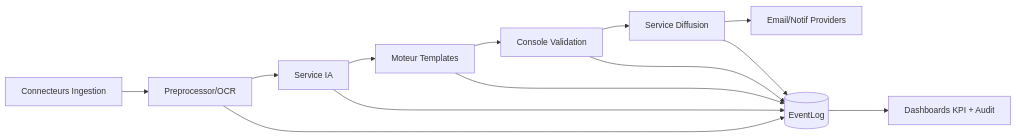
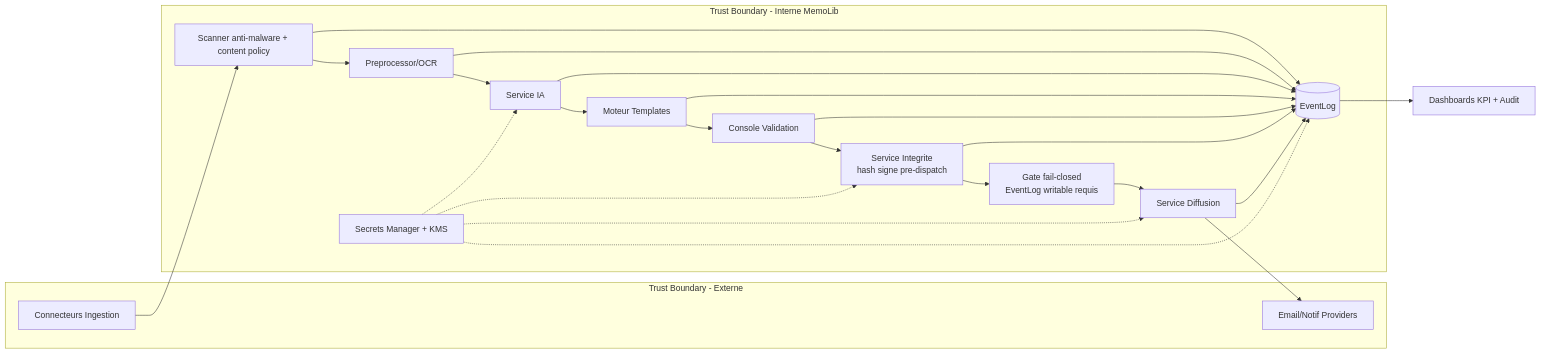
Before and after one commit to mobby57/memoLib: the third of 4 diagrams in docs/WORKFLOW_COMMUNICATION.md, drawn with Mermaid. The commit also changed other lines of this file and 1 other file, not shown here.

First line of the commit message:
docs(security): embed P0 threat controls in app diagrams

````diff
--- a/docs/WORKFLOW_COMMUNICATION.md
+++ b/docs/WORKFLOW_COMMUNICATION.md
@@ -194,15 +206,38 @@
 ```mermaid
 flowchart LR
-    IN[Connecteurs Ingestion] --> PRE[Preprocessor/OCR]
-    PRE --> AI[Service IA]
-    AI --> TMP[Moteur Templates]
-    TMP --> REV[Console Validation]
-    REV --> DSP[Service Diffusion]
-    DSP --> CH[Email/Notif Providers]
-    PRE --> EV[(EventLog)]
+    subgraph EXT["Trust Boundary - Externe"]
+        IN[Connecteurs Ingestion]
+        CH[Email/Notif Providers]
+    end
+
+    subgraph INT["Trust Boundary - Interne MemoLib"]
+        SCAN[Scanner anti-malware + content policy]
+        PRE[Preprocessor/OCR]
+        AI[Service IA]
+        TMP[Moteur Templates]
+        REV[Console Validation]
+        HASH[Service Integrite\nhash signe pre-dispatch]
+        GATE[Gate fail-closed\nEventLog writable requis]
+        DSP[Service Diffusion]
+        KMS[Secrets Manager + KMS]
+        EV[(EventLog)]
+    end
+
+    IN --> SCAN --> PRE
+    PRE --> AI
+    AI --> TMP
+    TMP --> REV
+    REV --> HASH --> GATE --> DSP --> CH
+    SCAN --> EV
+    PRE --> EV
     AI --> EV
     TMP --> EV
     REV --> EV
+    HASH --> EV
     DSP --> EV
+    KMS -.-> AI
+    KMS -.-> HASH
+    KMS -.-> DSP
+    KMS -.-> EV
     EV --> OBS[Dashboards KPI + Audit]
 ```
````
